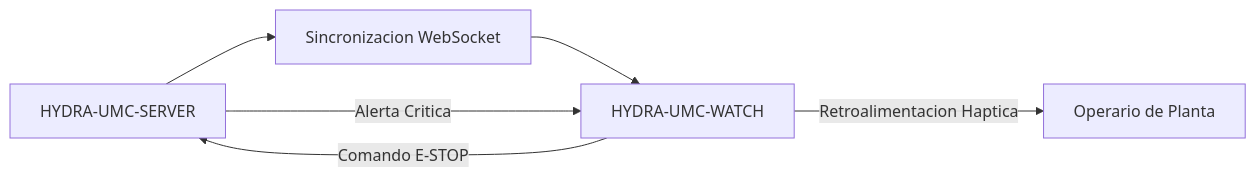
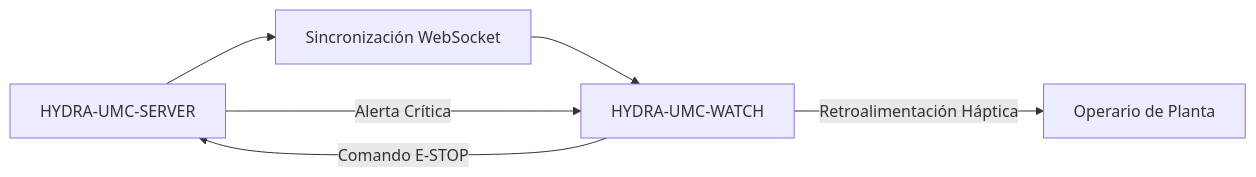
Before and after one commit to JuanenRac/HYDRA-UMC-WATCH: the diagram in README_spa.md, drawn with Mermaid. The commit also changed other lines of this file, not shown here.

First line of the commit message:
docs: fix pervasive accent-stripping bug in Spanish translation (Overview, Key Features, sync-flow diagram, directory tree)

````diff
--- a/README_spa.md
+++ b/README_spa.md
@@ -39,8 +39,8 @@
 ```mermaid
 flowchart LR
-    SERVER["HYDRA-UMC-SERVER"] --> WS["Sincronizacion WebSocket"]
+    SERVER["HYDRA-UMC-SERVER"] --> WS["Sincronización WebSocket"]
     WS --> WATCH["HYDRA-UMC-WATCH"]
     WATCH -- Comando E-STOP --> SERVER
-    SERVER -- Alerta Critica --> WATCH
-    WATCH -- Retroalimentacion Haptica --> OPERATOR["Operario de Planta"]
+    SERVER -- Alerta Crítica --> WATCH
+    WATCH -- Retroalimentación Háptica --> OPERATOR["Operario de Planta"]
 ```
````
